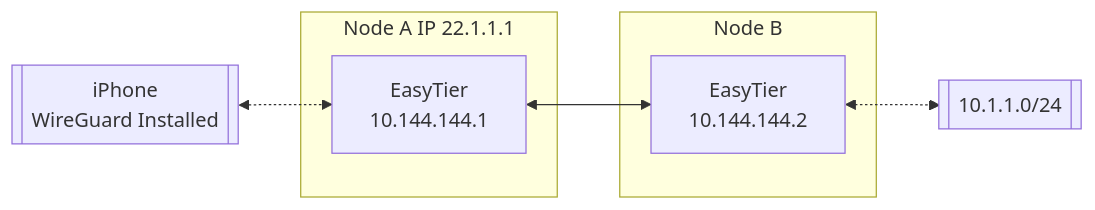
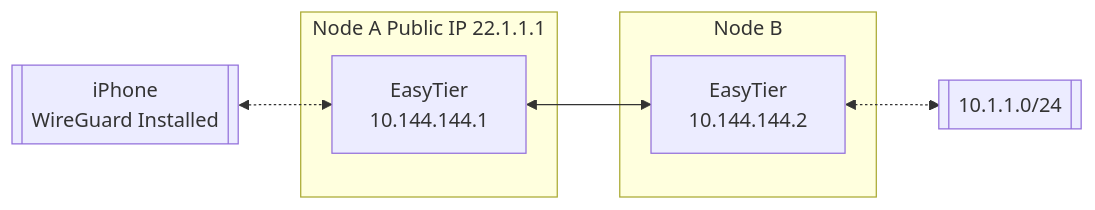
One commit to Detachment-x/PactMesh changed the second of 2 diagrams in README.md. Above: the diagram before and after it, drawn with Mermaid. The commit also changed other lines of this file and 7 other files, not shown here.

````diff
--- a/README.md
+++ b/README.md
@@ -260,17 +226,17 @@
 ```mermaid
 flowchart LR
 
-ios[[iPhone \n WireGuard Installed]]
+ios[[iPhone<br/>WireGuard Installed]]
 
-subgraph Node A IP 22.1.1.1
-nodea[EasyTier\n10.144.144.1]
+subgraph Node A Public IP 22.1.1.1
+nodea[EasyTier<br/>10.144.144.1]
 end
 
 subgraph Node B
-nodeb[EasyTier\n10.144.144.2]
+nodeb[EasyTier<br/>10.144.144.2]
 end
 
 id1[[10.1.1.0/24]]
 
 ios <-.-> nodea <--> nodeb <-.-> id1
 ```
````
